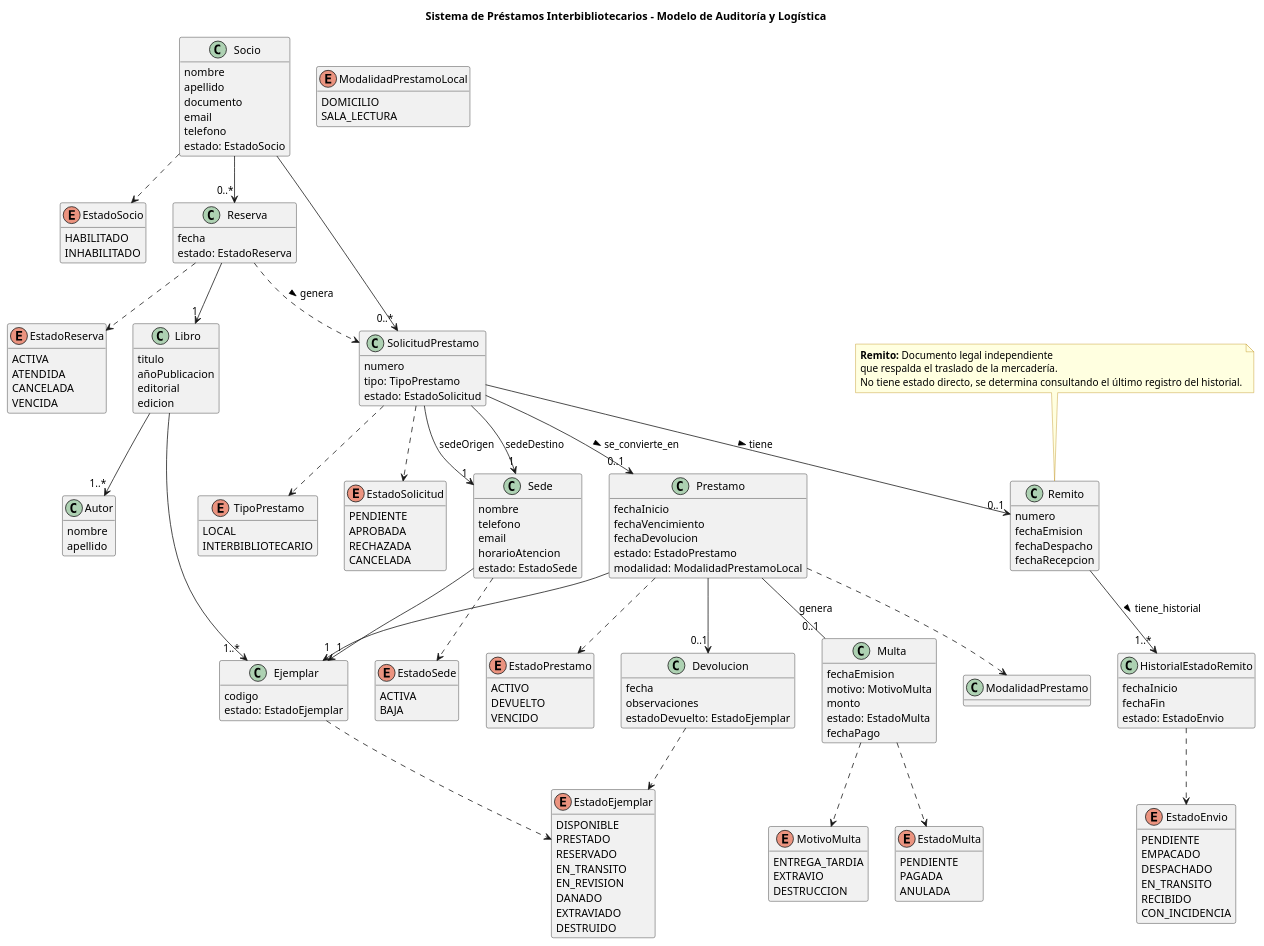
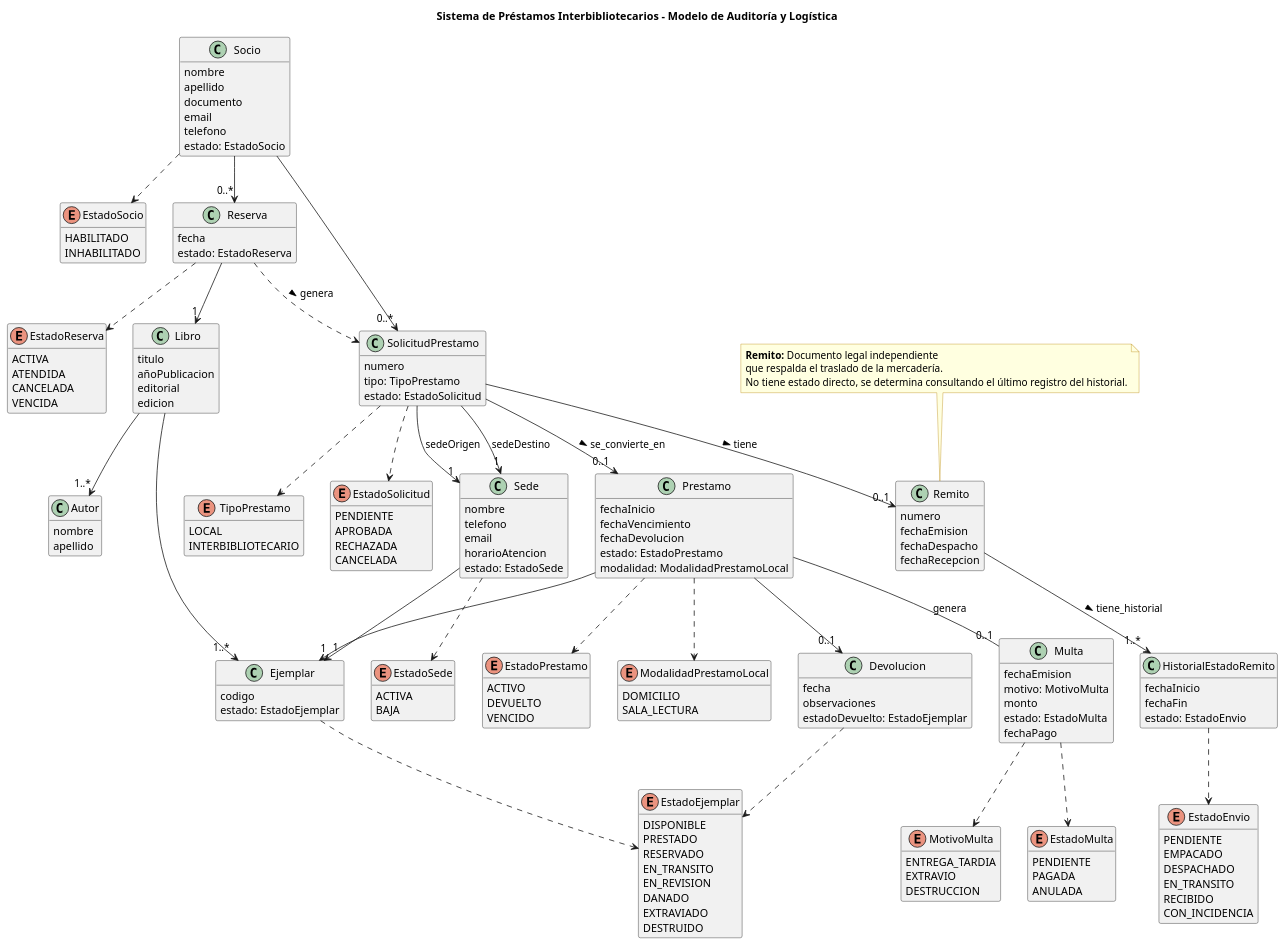
One commit to anadruetta29/tpi-dao-2026 changed the diagram in documentation/domain-class.puml. Above: the diagram before and after it, drawn with PlantUML.

```diff
--- a/documentation/domain-class.puml
+++ b/documentation/domain-class.puml
@@ -210,7 +210,7 @@
 
 ' 7. Multas 
 Prestamo -- "0..1" Multa : genera
-Prestamo ..> ModalidadPrestamo
+Prestamo ..> ModalidadPrestamoLocal
 Multa ..> MotivoMulta
 Multa ..> EstadoMulta
 
```
